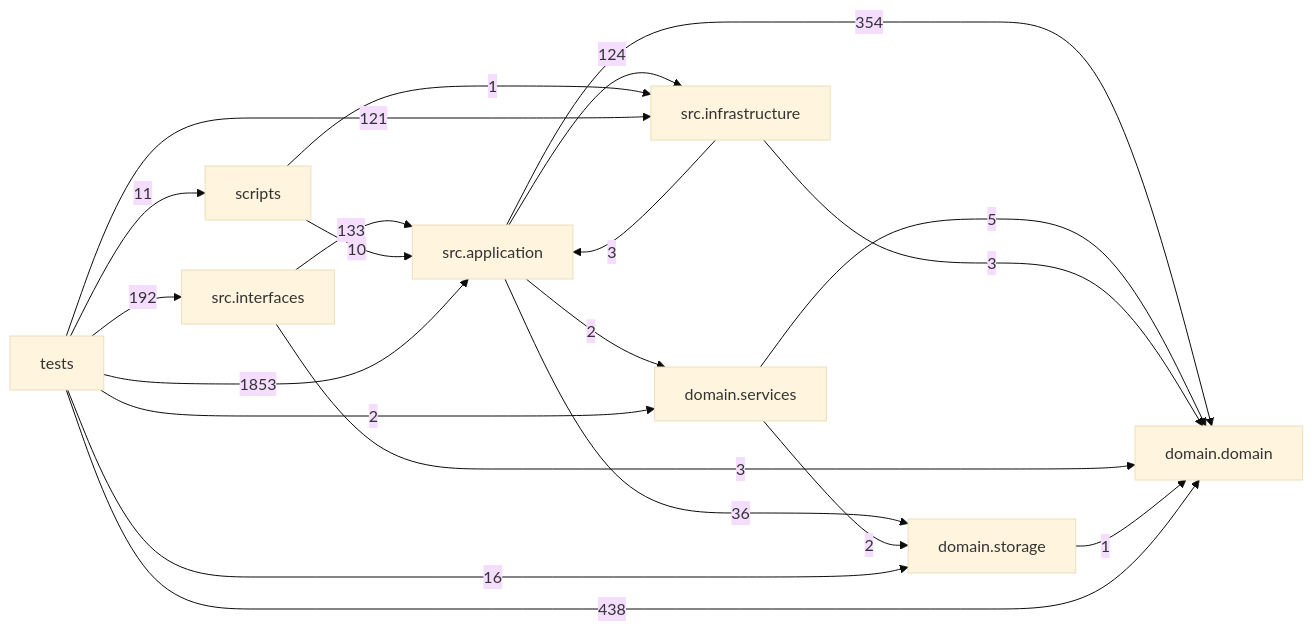
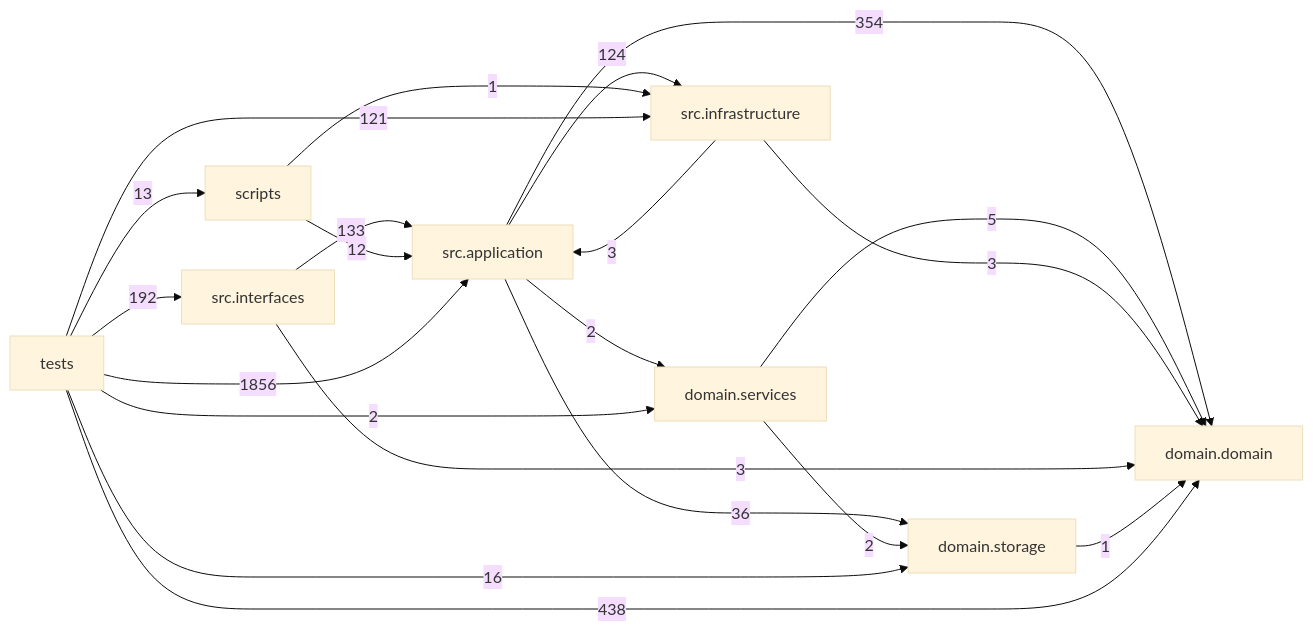
Before and after one commit to liuxie066/options-monitor: the diagram in docs/DEPENDENCY_GRAPH.md, drawn with Mermaid (base theme). The commit also changed other lines of this file and 13 other files, not shown here.

````diff
--- a/docs/DEPENDENCY_GRAPH.md
+++ b/docs/DEPENDENCY_GRAPH.md
@@ -24,31 +24,31 @@
 ```mermaid
 flowchart LR
   tests["tests"]
   scripts["scripts"]
   interfaces["src.interfaces"]
   application["src.application"]
   infrastructure["src.infrastructure"]
   domain_services["domain.services"]
   domain["domain.domain"]
   storage["domain.storage"]
   application -->|354| domain
   application -->|2| domain_services
   application -->|124| infrastructure
   application -->|36| storage
   domain_services -->|5| domain
   domain_services -->|2| storage
   infrastructure -->|3| application
   infrastructure -->|3| domain
   interfaces -->|133| application
   interfaces -->|3| domain
-  scripts -->|10| application
+  scripts -->|12| application
   scripts -->|1| infrastructure
   storage -->|1| domain
-  tests -->|1853| application
+  tests -->|1856| application
   tests -->|438| domain
   tests -->|2| domain_services
   tests -->|121| infrastructure
   tests -->|192| interfaces
-  tests -->|11| scripts
+  tests -->|13| scripts
   tests -->|16| storage
 ```
````
